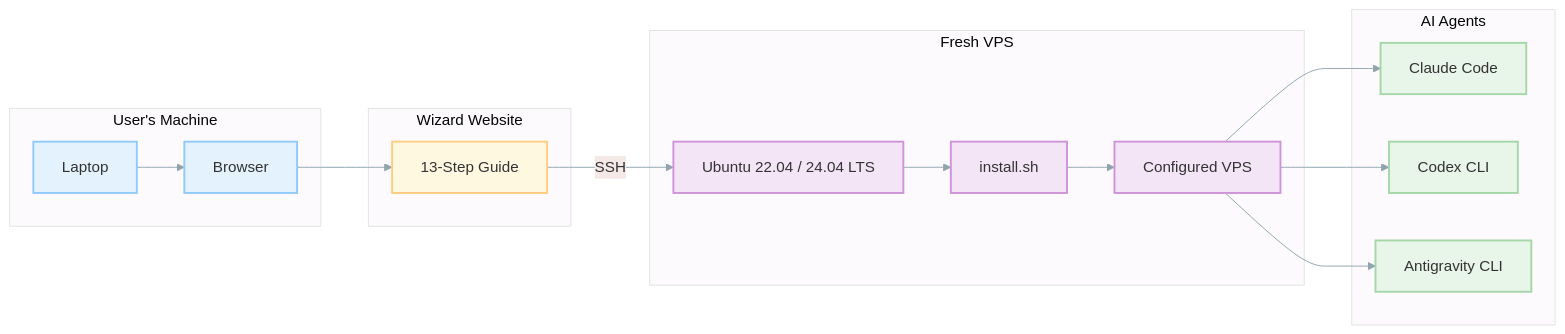
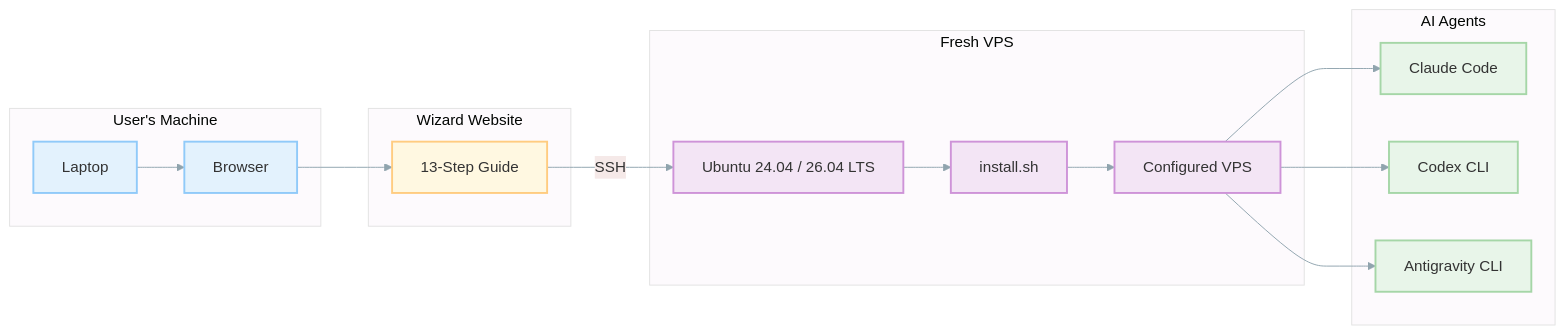
The first of 3 diagrams in README.md (arosl/agentic_coding_flywheel_setup), drawn with Mermaid before and after one commit. The commit also changed other lines of this file and 15 other files, not shown here.

````diff
--- a/README.md
+++ b/README.md
@@ -97,44 +97,44 @@
 ```mermaid
 graph LR
     %%{init: {'theme': 'base', 'themeVariables': { 'primaryColor': '#e8f5e9', 'lineColor': '#90a4ae'}}}%%
 
     subgraph user ["User's Machine"]
         LAPTOP["Laptop"]
         BROWSER["Browser"]
     end
 
     subgraph wizard ["Wizard Website"]
         STEPS["13-Step Guide"]
     end
 
     subgraph vps ["Fresh VPS"]
-        UBUNTU["Ubuntu 22.04 / 24.04 LTS"]
+        UBUNTU["Ubuntu 24.04 / 26.04 LTS"]
         INSTALLER["install.sh"]
         CONFIGURED["Configured VPS"]
     end
 
     subgraph agents ["AI Agents"]
         CLAUDE["Claude Code"]
         CODEX["Codex CLI"]
         AGY["Antigravity CLI"]
     end
 
     LAPTOP --> BROWSER
     BROWSER --> STEPS
     STEPS -->|SSH| UBUNTU
     UBUNTU --> INSTALLER
     INSTALLER --> CONFIGURED
     CONFIGURED --> CLAUDE
     CONFIGURED --> CODEX
     CONFIGURED --> AGY
 
     classDef user fill:#e3f2fd,stroke:#90caf9,stroke-width:2px
     classDef wizard fill:#fff8e1,stroke:#ffcc80,stroke-width:2px
     classDef vps fill:#f3e5f5,stroke:#ce93d8,stroke-width:2px
     classDef agent fill:#e8f5e9,stroke:#a5d6a7,stroke-width:2px
 
     class LAPTOP,BROWSER user
     class STEPS wizard
     class UBUNTU,INSTALLER,CONFIGURED vps
     class CLAUDE,CODEX,AGY agent
 ```
````
